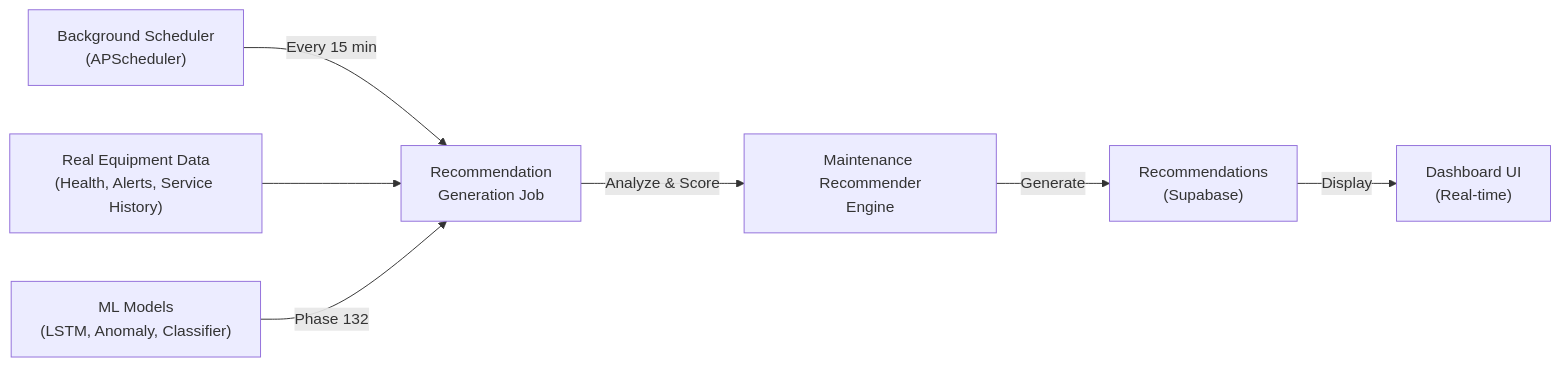
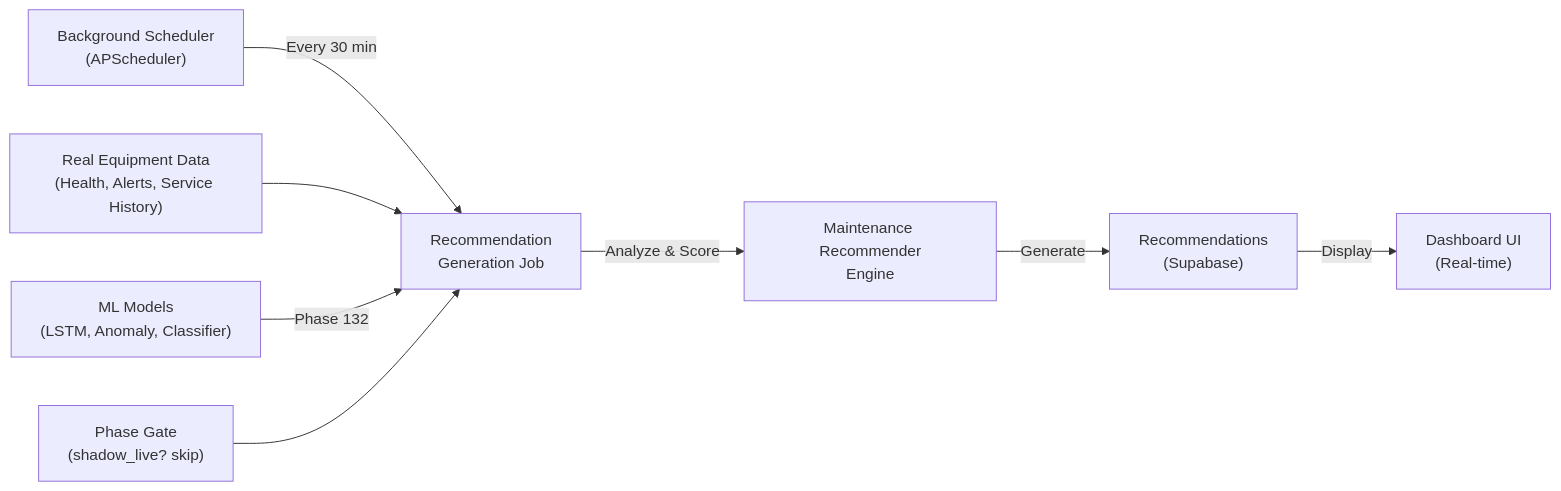
Before and after one commit to Bederf/sentinel-ai: the diagram in docs/08-ai-ml/background-recommendation-generation.md, drawn with Mermaid. The commit also changed other lines of this file and 16 other files, not shown here.

````diff
--- a/docs/08-ai-ml/background-recommendation-generation.md
+++ b/docs/08-ai-ml/background-recommendation-generation.md
@@ -30,9 +41,10 @@
 ```mermaid
 graph LR
-    A["Background Scheduler<br/>(APScheduler)"] -->|Every 15 min| B["Recommendation<br/>Generation Job"]
+    A["Background Scheduler<br/>(APScheduler)"] -->|Every 30 min| B["Recommendation<br/>Generation Job"]
     C["Real Equipment Data<br/>(Health, Alerts, Service History)"] --> B
     M["ML Models<br/>(LSTM, Anomaly, Classifier)"] -->|Phase 132| B
+    P["Phase Gate<br/>(shadow_live? skip)"] --> B
     B -->|Analyze & Score| D["Maintenance Recommender<br/>Engine"]
     D -->|Generate| E["Recommendations<br/>(Supabase)"]
     E -->|Display| F["Dashboard UI<br/>(Real-time)"]
 ```
````
